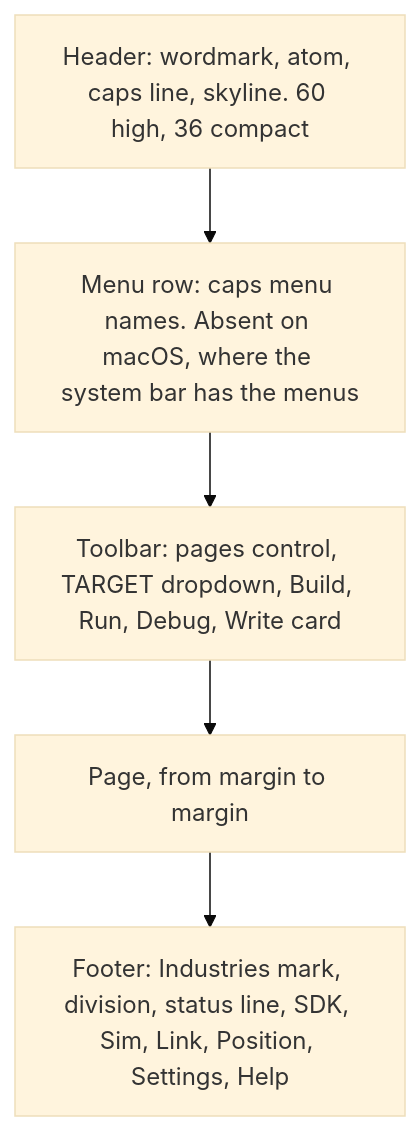
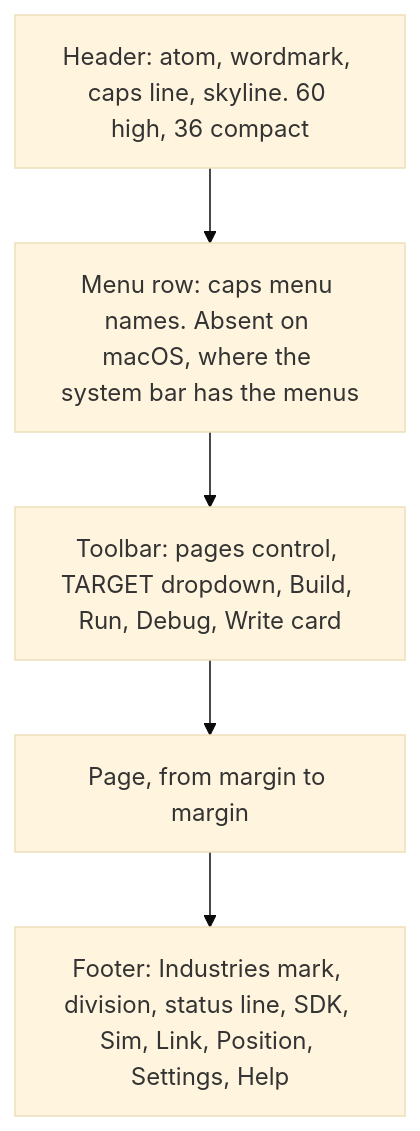
Before and after one commit to RobCo-Industries/RobCo-Studio: the fifth of 5 diagrams in docs/ARCHITECTURE.md, drawn with Mermaid (base theme). The commit also changed 2 other files, not shown here.

Commit message:
Put the atom before the wordmark in the header

````diff
--- a/docs/ARCHITECTURE.md
+++ b/docs/ARCHITECTURE.md
@@ -163,9 +163,9 @@
 ```mermaid
 flowchart TB
-    H["Header: wordmark, atom, caps line, skyline. 60 high, 36 compact"]
+    H["Header: atom, wordmark, caps line, skyline. 60 high, 36 compact"]
     M["Menu row: caps menu names. Absent on macOS, where the system bar has the menus"]
     T["Toolbar: pages control, TARGET dropdown, Build, Run, Debug, Write card"]
     P["Page, from margin to margin"]
     F["Footer: Industries mark, division, status line, SDK, Sim, Link, Position, Settings, Help"]
     H --> M --> T --> P --> F
 ```
````
